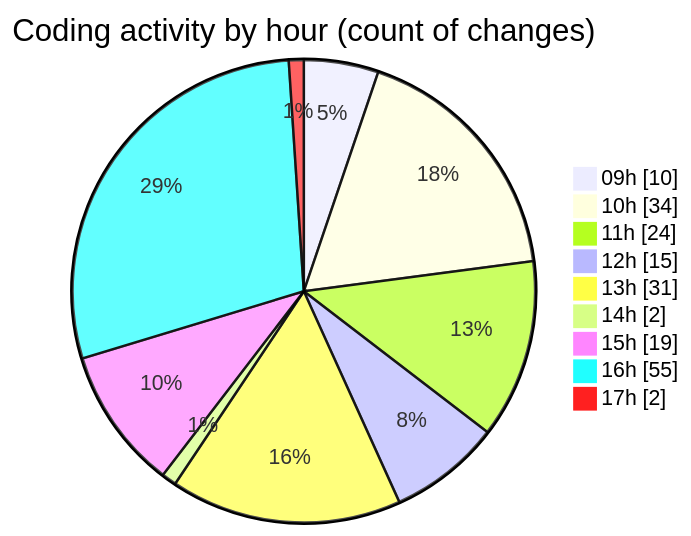
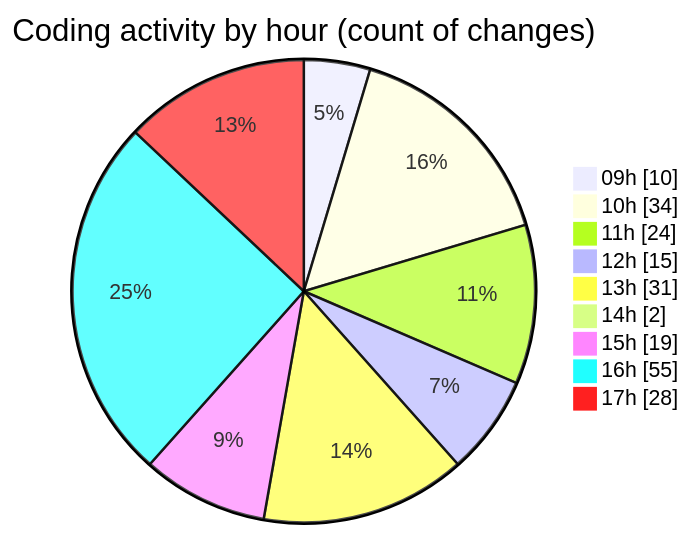
The second of 2 diagrams in 2025-09-02/cda/README.md (momahboobian/code-tracking), drawn with Mermaid before and after one commit. The commit also changed other lines of this file and 1 other file, not shown here.

````diff
--- a/2025-09-02/cda/README.md
+++ b/2025-09-02/cda/README.md
@@ -45,13 +45,13 @@
 ```mermaid
 pie showData
 title Coding activity by hour (count of changes)
 "09h" : 10
 "10h" : 34
 "11h" : 24
 "12h" : 15
 "13h" : 31
 "14h" : 2
 "15h" : 19
 "16h" : 55
-"17h" : 2
+"17h" : 28
 ```
````
